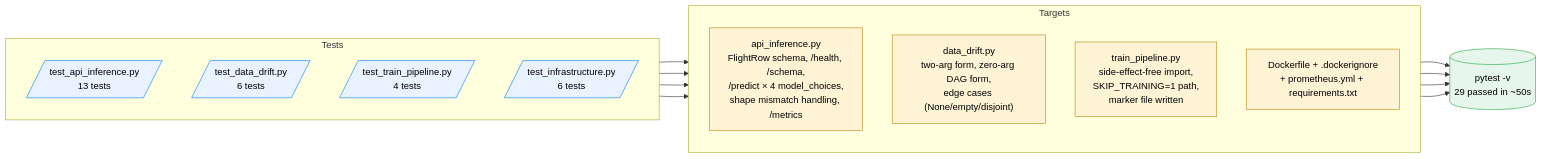
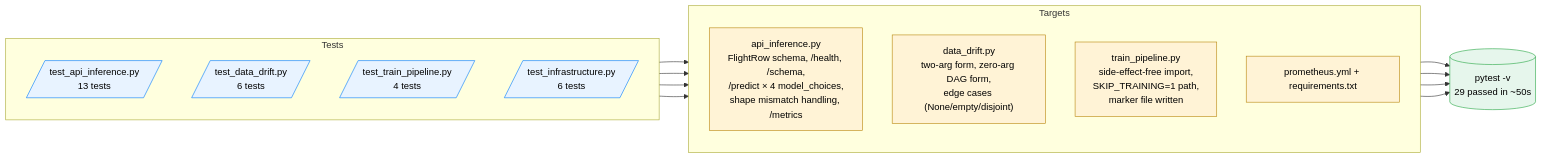
Before and after one commit to mhassan18015/Aircraft-Engine-Removal-Forecast: the sixth of 7 diagrams in FLOWCHARTS.md, drawn with Mermaid. The commit also changed 5 other files, not shown here.

First line of the commit message:
Remove Docker (Dockerfile + .dockerignore + references)

````diff
--- a/FLOWCHARTS.md
+++ b/FLOWCHARTS.md
@@ -320,34 +320,34 @@
 ```mermaid
 flowchart LR
     classDef testfile fill:#e8f3ff,stroke:#007BFF,color:#000
     classDef target fill:#fff3d6,stroke:#b8860b,color:#000
     classDef pass fill:#e6f6ec,stroke:#28a745,color:#000
 
     subgraph Tests
         direction TB
         T1[/"test_api_inference.py<br/>13 tests"/]:::testfile
         T2[/"test_data_drift.py<br/>6 tests"/]:::testfile
         T3[/"test_train_pipeline.py<br/>4 tests"/]:::testfile
         T4[/"test_infrastructure.py<br/>6 tests"/]:::testfile
     end
 
     subgraph Targets
         direction TB
         A1["api_inference.py<br/>FlightRow schema, /health, /schema,<br/>/predict × 4 model_choices,<br/>shape mismatch handling, /metrics"]:::target
         A2["data_drift.py<br/>two-arg form, zero-arg DAG form,<br/>edge cases (None/empty/disjoint)"]:::target
         A3["train_pipeline.py<br/>side-effect-free import,<br/>SKIP_TRAINING=1 path,<br/>marker file written"]:::target
-        A4["Dockerfile + .dockerignore<br/>+ prometheus.yml + requirements.txt"]:::target
+        A4["prometheus.yml + requirements.txt"]:::target
     end
 
     R[("pytest -v<br/>29 passed in ~50s")]:::pass
 
     T1 --> A1
     T2 --> A2
     T3 --> A3
     T4 --> A4
 
     A1 --> R
     A2 --> R
     A3 --> R
     A4 --> R
 ```
````
